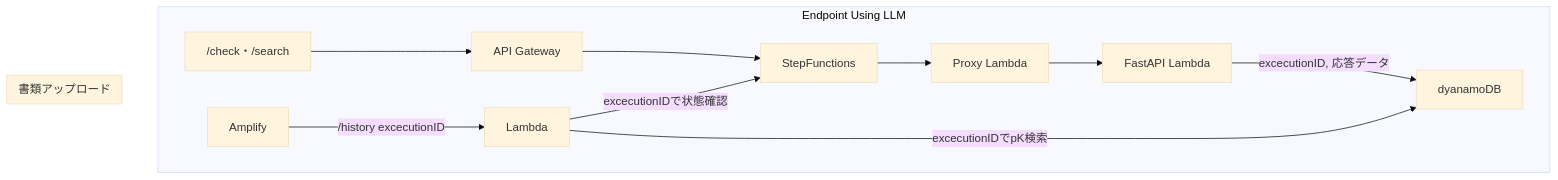
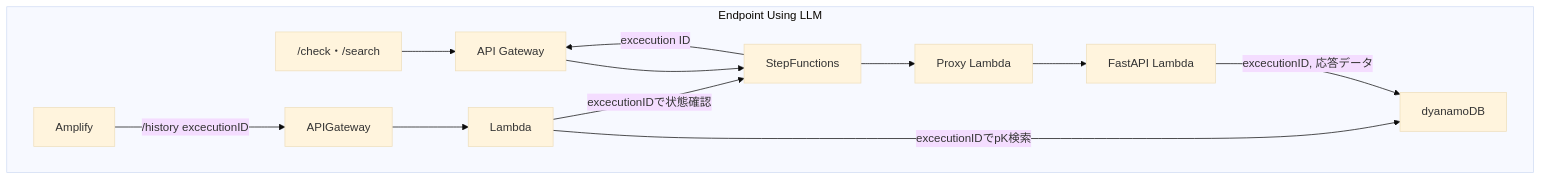
The first of 2 diagrams in documents/stepfunctions_design.md (itsutose/tmp-ssi), drawn with Mermaid (base theme) before and after one commit. The commit also changed other lines of this file, not shown here.

````diff
--- a/documents/stepfunctions_design.md
+++ b/documents/stepfunctions_design.md
@@ -1,11 +1,9 @@
 ```mermaid
 graph TB
 subgraph "Endpoint Using LLM"
 A["/check・/search"] --> E["API Gateway"] -->H["StepFunctions"]--> B["Proxy Lambda"] --> C[" FastAPI Lambda"] -->|excecutionID, 応答データ| D["dyanamoDB"]
-F["Amplify"]-->|/history excecutionID|G["Lambda"]-->|excecutionIDでpK検索|D["dyanamoDB"]
+H -->|excecution ID| E
+F["Amplify"]-->|/history excecutionID|R[APIGateway]-->G["Lambda"]-->|excecutionIDでpK検索|D["dyanamoDB"]
 G-->|excecutionIDで状態確認|H
 end
-
-subgraph "書類アップロード"
-end
 ```
````
